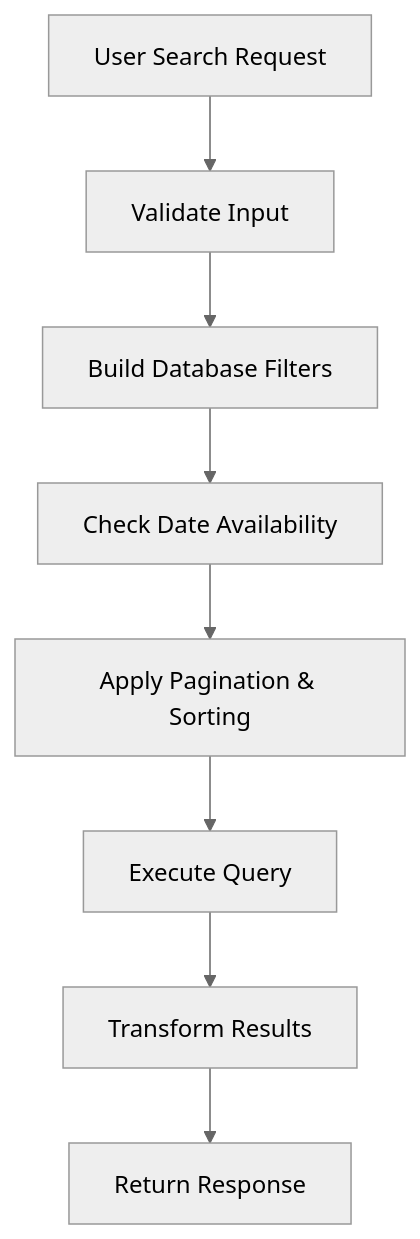
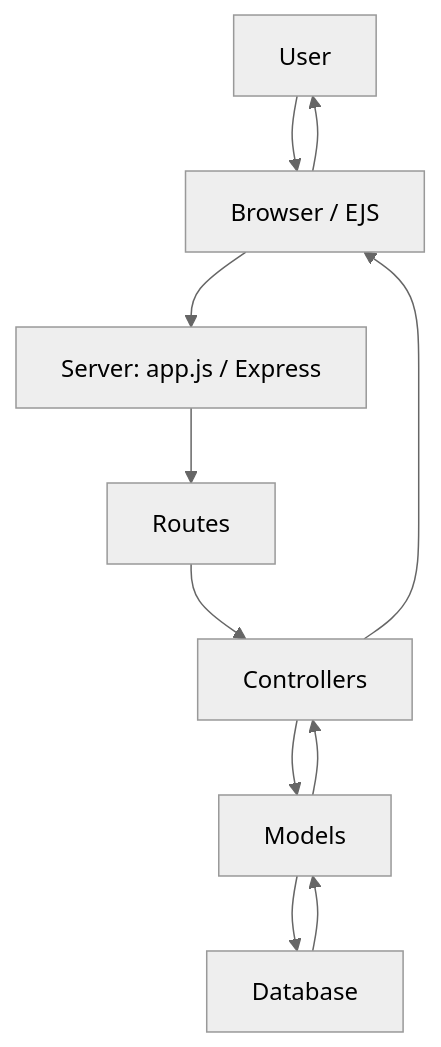
Before and after one commit to rajesh-raj-raj/test: the first of 2 diagrams in readmetrip-hive.MD, drawn with Mermaid (neutral theme). The commit also changed other lines of this file, not shown here.

````diff
--- a/readmetrip-hive.MD
+++ b/readmetrip-hive.MD
@@ -31,10 +205,21 @@
 ```mermaid
 flowchart TD
-    A[User Search Request] --> B[Validate Input]
-    B --> C[Build Database Filters]
-    C --> D[Check Date Availability]
-    D --> E[Apply Pagination & Sorting]
-    E --> F[Execute Query]
-    F --> G[Transform Results]
-    G --> H[Return Response]
+  U[User]
+  B[Browser / EJS]
+  S[Server: app.js / Express]
+  R[Routes]
+  C[Controllers]
+  M[Models]
+  DB[Database]
+
+  U --> B
+  B --> S
+  S --> R
+  R --> C
+  C --> M
+  M --> DB
+  DB --> M
+  M --> C
+  C --> B
+  B --> U
 ```
````
